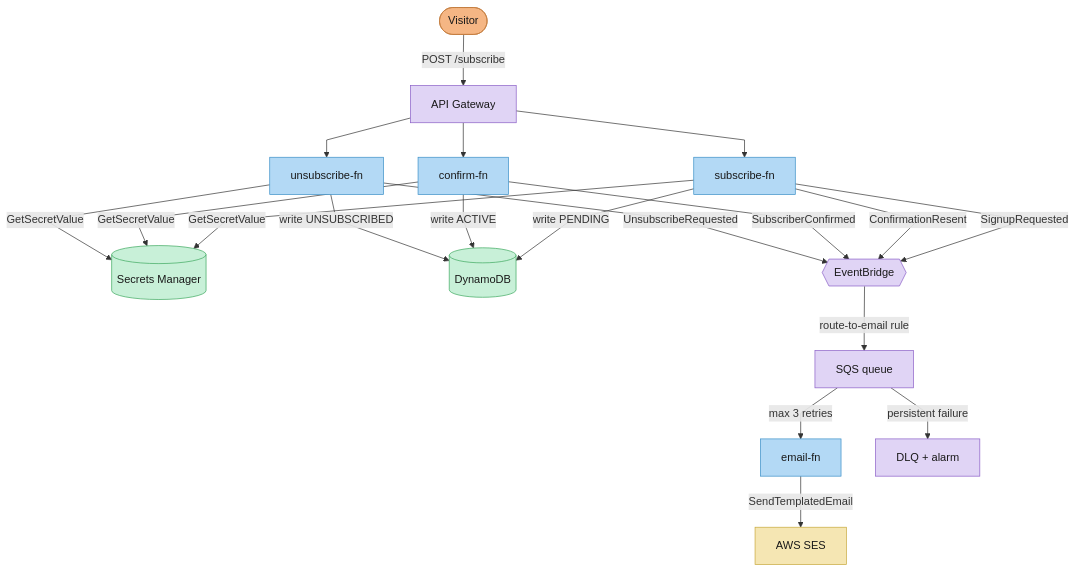
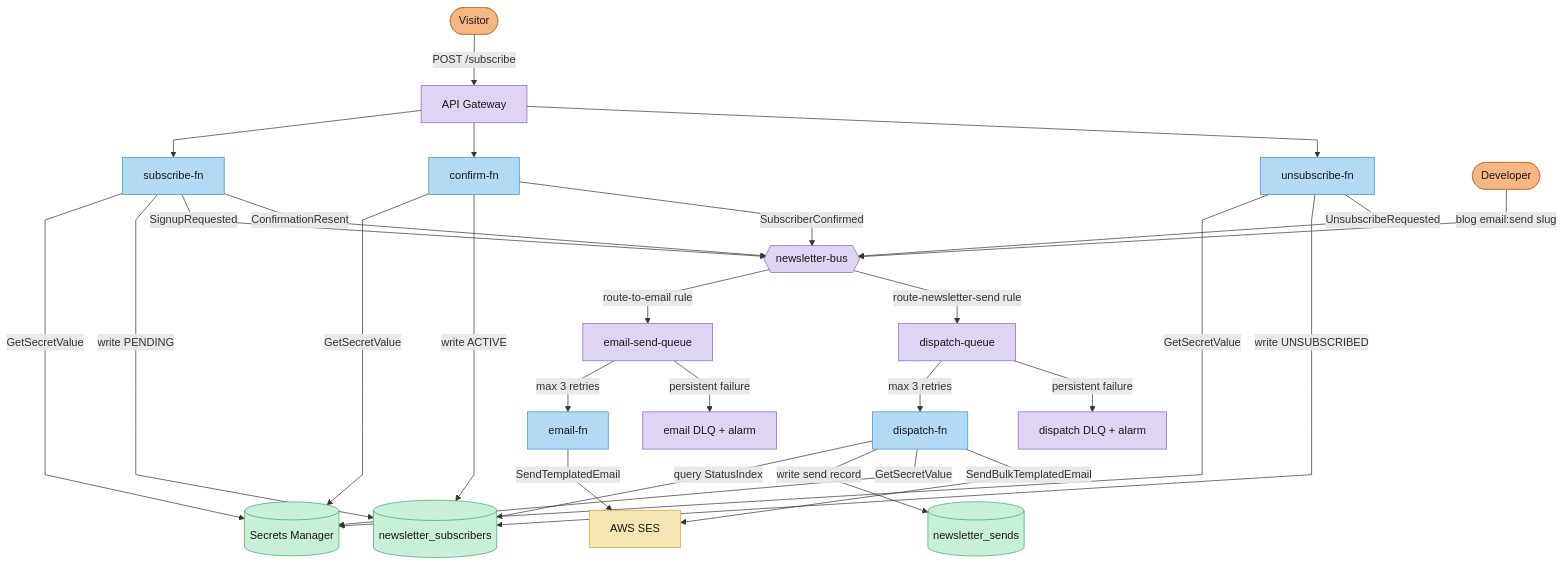
The second of 2 diagrams in README.md (micahwalter/micahwalter-www), drawn with Mermaid before and after one commit. The commit also changed other lines of this file, not shown here.

First line of the commit message:
Update README with newsletter sending, email posts, and email archive

````diff
--- a/README.md
+++ b/README.md
@@ -650,38 +672,47 @@
 ```mermaid
 %%{init: {"flowchart": {"curve": "linear"}} }%%
 flowchart TD
-    Visitor([Visitor]) -->|POST /subscribe | APIGW[API Gateway]
+    Visitor([Visitor]) -->|POST /subscribe| APIGW[API Gateway]
 
     APIGW --> SubFn[subscribe-fn]
     APIGW --> ConFn[confirm-fn]
     APIGW --> UnsFn[unsubscribe-fn]
 
     SubFn & ConFn & UnsFn -->|GetSecretValue| SM[(Secrets Manager)]
 
-    SubFn -->|write PENDING| DDB[(DynamoDB)]
+    SubFn -->|write PENDING| DDB[(newsletter_subscribers)]
     ConFn -->|write ACTIVE| DDB
     UnsFn -->|write UNSUBSCRIBED| DDB
 
-    SubFn -->|SignupRequested| EB{{EventBridge}}
+    SubFn -->|SignupRequested| EB{{newsletter-bus}}
     SubFn -->|ConfirmationResent| EB
     ConFn -->|SubscriberConfirmed| EB
     UnsFn -->|UnsubscribeRequested| EB
 
-    EB -->|route-to-email rule| SQS[SQS queue]
-    SQS -->|max 3 retries| EmailFn[email-fn]
-    SQS -->|persistent failure| DLQ[DLQ + alarm]
+    EB -->|route-to-email rule| SQS1[email-send-queue]
+    SQS1 -->|max 3 retries| EmailFn[email-fn]
+    SQS1 -->|persistent failure| DLQ1[email DLQ + alarm]
+    EmailFn -->|SendTemplatedEmail| SES[AWS SES]
 
-    EmailFn -->|SendTemplatedEmail| SES[AWS SES]
+    Dev([Developer]) -->|blog email:send slug| EB
+    EB -->|route-newsletter-send rule| SQS2[dispatch-queue]
+    SQS2 -->|max 3 retries| DispFn[dispatch-fn]
+    SQS2 -->|persistent failure| DLQ2[dispatch DLQ + alarm]
+
+    DispFn -->|query StatusIndex| DDB
+    DispFn -->|write send record| Sends[(newsletter_sends)]
+    DispFn -->|GetSecretValue| SM
+    DispFn -->|SendBulkTemplatedEmail| SES
 
     classDef people fill:#F5B684,stroke:#c47d3e,color:#191919
     classDef lambda fill:#b3d9f5,stroke:#3a8fc7,color:#191919
     classDef storage fill:#c8f0d8,stroke:#3da85e,color:#191919
     classDef messaging fill:#e0d4f5,stroke:#8a5ec7,color:#191919
     classDef email fill:#f5e6b3,stroke:#c7a83a,color:#191919
 
-    class Visitor people
-    class SubFn,ConFn,UnsFn,EmailFn lambda
-    class DDB,SM storage
-    class APIGW,EB,SQS,DLQ messaging
+    class Visitor,Dev people
+    class SubFn,ConFn,UnsFn,EmailFn,DispFn lambda
+    class DDB,Sends,SM storage
+    class APIGW,EB,SQS1,SQS2,DLQ1,DLQ2 messaging
     class SES email
 ```
````
